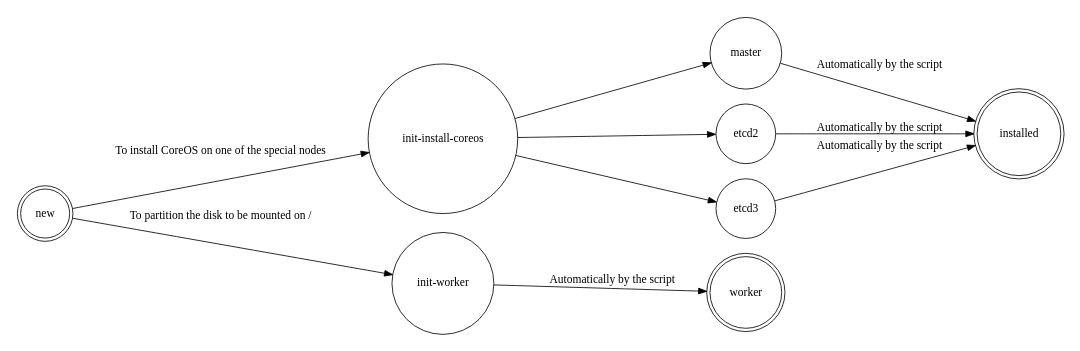
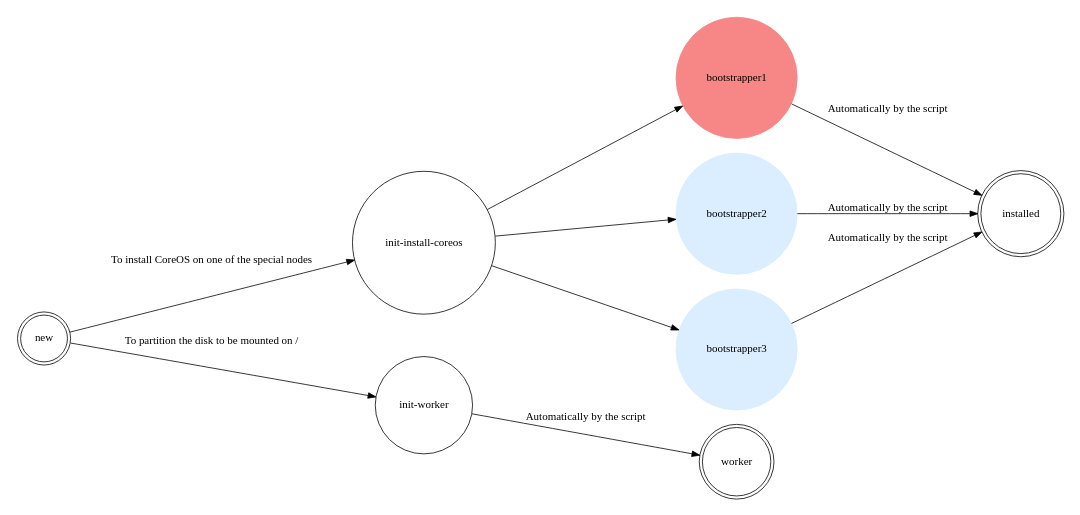
Before and after one commit to cafebazaar/blacksmith-kubernetes: the diagram in Doc/StateMachine.dot, drawn with Graphviz. The commit also changed 49 other files, not shown here.

```diff
--- a/Doc/StateMachine.dot
+++ b/Doc/StateMachine.dot
@@ -1,15 +1,18 @@
 digraph finite_state_machine {
 	rankdir=LR;
 	size="8,5"
 	node [shape = doublecircle]; new installed worker;
-	node [shape = circle];
+	node [shape = circle ];
+	bootstrapper1 [style=filled, color="#f78787"];
+	bootstrapper2 [style=filled, color="#daeeff"];
+	bootstrapper3 [style=filled, color="#daeeff"];
 	new -> "init-install-coreos" [ label = "To install CoreOS on one of the special nodes" ];
-	"init-install-coreos" -> master [ label = "" ];
-  "init-install-coreos" -> etcd2 [ label = "" ];
-  "init-install-coreos" -> etcd3 [ label = "" ];
-  master -> installed [ label = "Automatically by the script" ];
-  etcd2 -> installed [ label = "Automatically by the script" ];
-  etcd3 -> installed [ label = "Automatically by the script" ];
+	"init-install-coreos" -> bootstrapper1 [ label = "" ];
+  "init-install-coreos" -> bootstrapper2 [ label = "" ];
+  "init-install-coreos" -> bootstrapper3 [ label = "" ];
+  bootstrapper1 -> installed [ label = "Automatically by the script" ];
+  bootstrapper2 -> installed [ label = "Automatically by the script" ];
+  bootstrapper3 -> installed [ label = "Automatically by the script" ];
   new -> "init-worker" [ label = "To partition the disk to be mounted on /" ];
   "init-worker" -> worker [ label = "Automatically by the script" ];
 }
```
